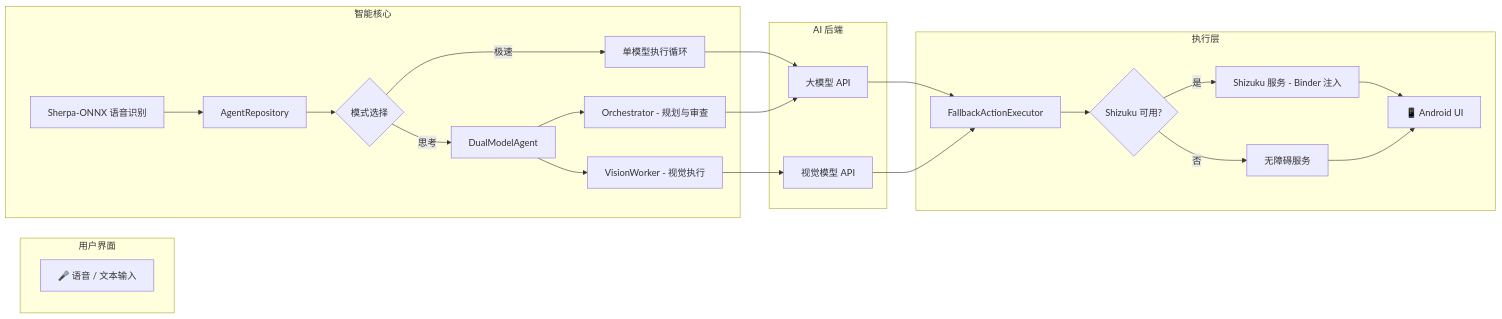
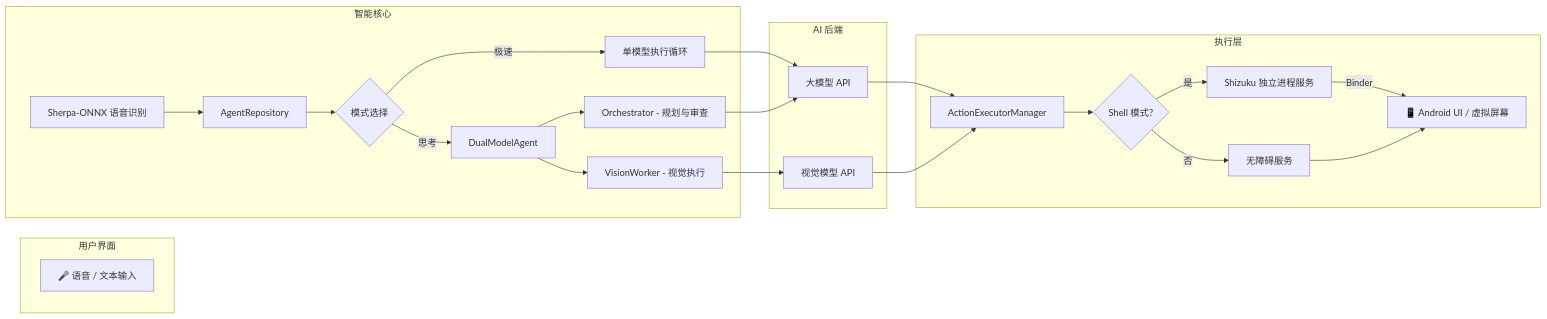
The diagram in README_CN.md (aellnxin/AutoGLM-Aura), drawn with Mermaid before and after one commit. The commit also changed other lines of this file and 13 other files, not shown here.

````diff
--- a/README_CN.md
+++ b/README_CN.md
@@ -50,31 +50,31 @@
 ```mermaid
 flowchart LR
     subgraph 用户界面
         A[🎤 语音 / 文本输入]
     end
 
     subgraph 智能核心
         B[Sherpa-ONNX 语音识别] --> C[AgentRepository]
         C --> D{模式选择}
         D -->|极速| E[单模型执行循环]
         D -->|思考| F[DualModelAgent]
         F --> G[Orchestrator - 规划与审查]
         F --> H[VisionWorker - 视觉执行]
     end
 
     subgraph AI 后端
         E --> I[大模型 API]
         G --> I
         H --> J[视觉模型 API]
     end
 
     subgraph 执行层
-        I --> K[FallbackActionExecutor]
+        I --> K[ActionExecutorManager]
         J --> K
-        K --> L{Shizuku 可用?}
-        L -->|是| M[Shizuku 服务 - Binder 注入]
+        K --> L{Shell 模式?}
+        L -->|是| M[Shizuku 独立进程服务]
         L -->|否| N[无障碍服务]
-        M --> O[📱 Android UI]
+        M -->|Binder| O[📱 Android UI / 虚拟屏幕]
         N --> O
     end
 ```
````
